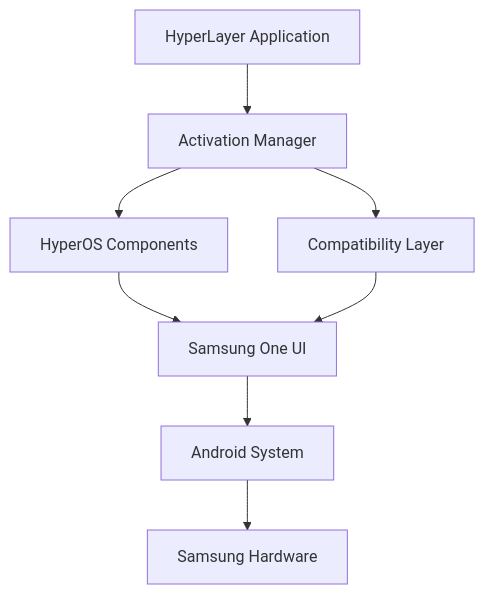
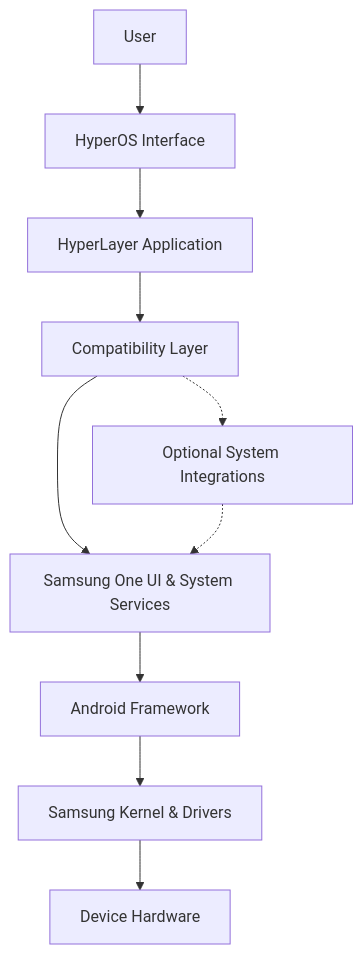
Before and after one commit to Luchosdevf/HyperLayer: the second of 2 diagrams in README.md, drawn with Mermaid. The commit also changed other lines of this file, not shown here.

First line of the commit message:
Revise README with HyperLayer architecture details

````diff
--- a/README.md
+++ b/README.md
@@ -62,10 +77,13 @@
 ```mermaid
-flowchart TD
-    A[HyperLayer Application] --> B[Activation Manager]
-    B --> C[HyperOS Components]
-    B --> D[Compatibility Layer]
-    C --> E[Samsung One UI]
-    D --> E
-    E --> F[Android System]
-    F --> G[Samsung Hardware]
+flowchart TB
+    A["User"] --> B["HyperOS Interface"]
+    B --> C["HyperLayer Application"]
+    C --> D["Compatibility Layer"]
+    D --> E["Samsung One UI & System Services"]
+    E --> F["Android Framework"]
+    F --> G["Samsung Kernel & Drivers"]
+    G --> H["Device Hardware"]
+    
+    D -.-> I["Optional System Integrations"]
+    I -.-> E
 ```
````
